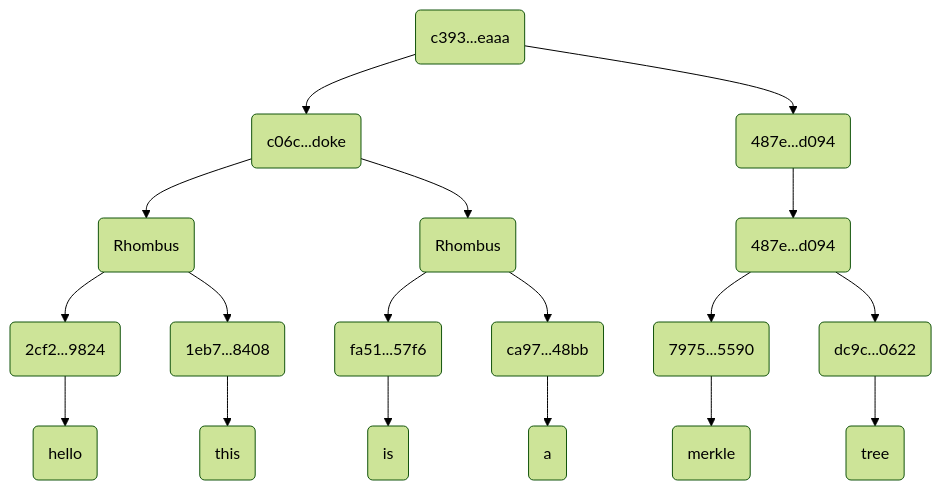
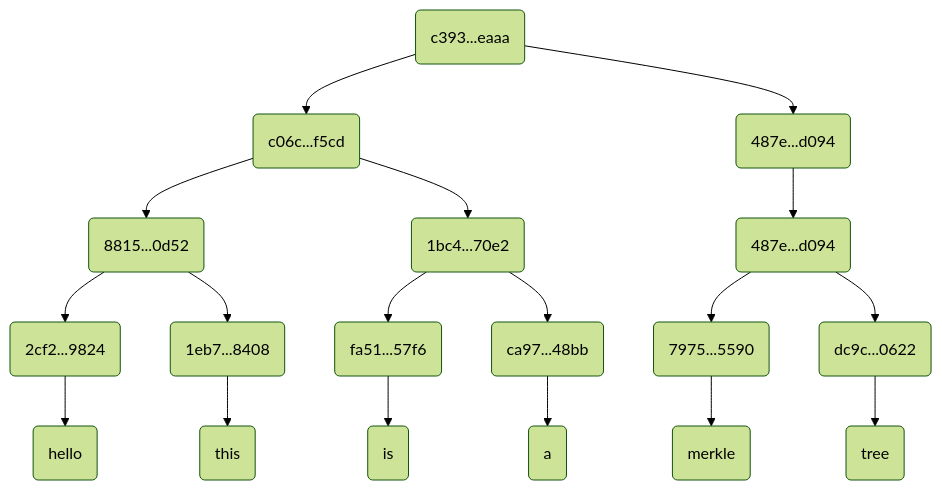
The diagram in README.md (dafaqdhruv/Go-MerkleTree), drawn with Mermaid (forest theme) before and after one commit. The commit also changed other lines of this file and 1 other file, not shown here.

````diff
--- a/README.md
+++ b/README.md
@@ -16,14 +17,14 @@
 ```mermaid 
 graph 
-A(c393...eaaa) --> B(c06c...doke)
+A(c393...eaaa) --> B(c06c...f5cd)
 A --> C(487e...d094)
-B --> D(Rhombus)
-B --> E(Rhombus)
+B --> D(8815...0d52)
+B --> E(1bc4...70e2)
 C --> F(487e...d094)
 D --> G(2cf2...9824)  --> M(hello)
 D --> H(1eb7...8408)  --> N(this)
 E --> I(fa51...57f6)  --> O(is)
 E --> J(ca97...48bb)  --> P(a)
 F --> K(7975...5590)  --> Q(merkle)
 F --> L(dc9c...0622)  --> R(tree)
 ```
````
